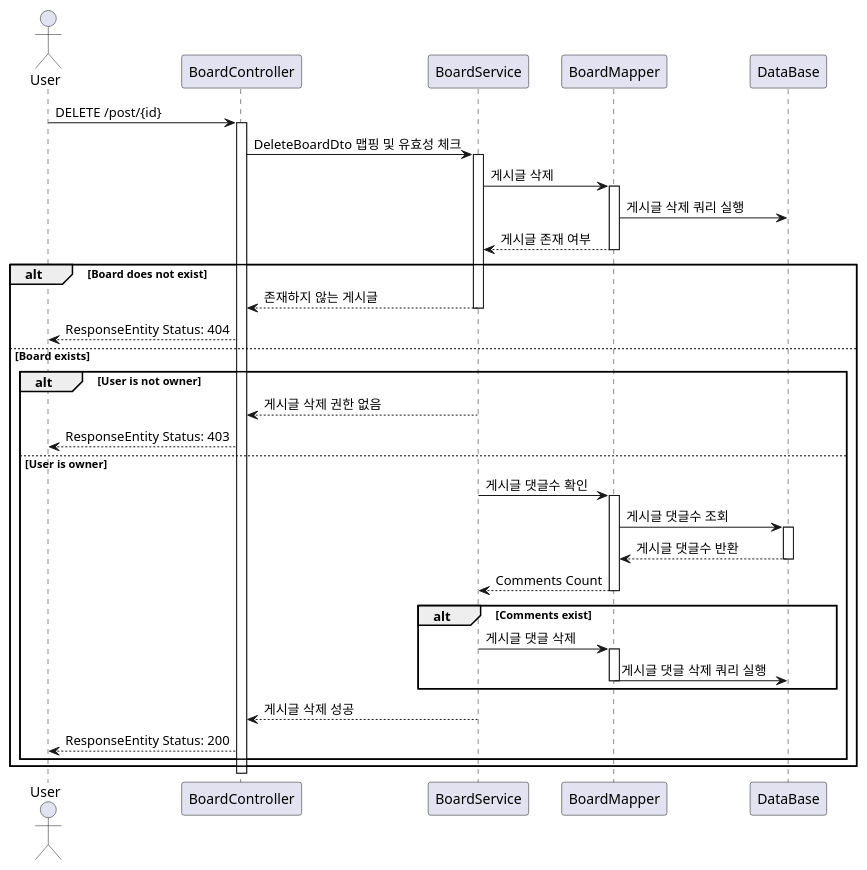
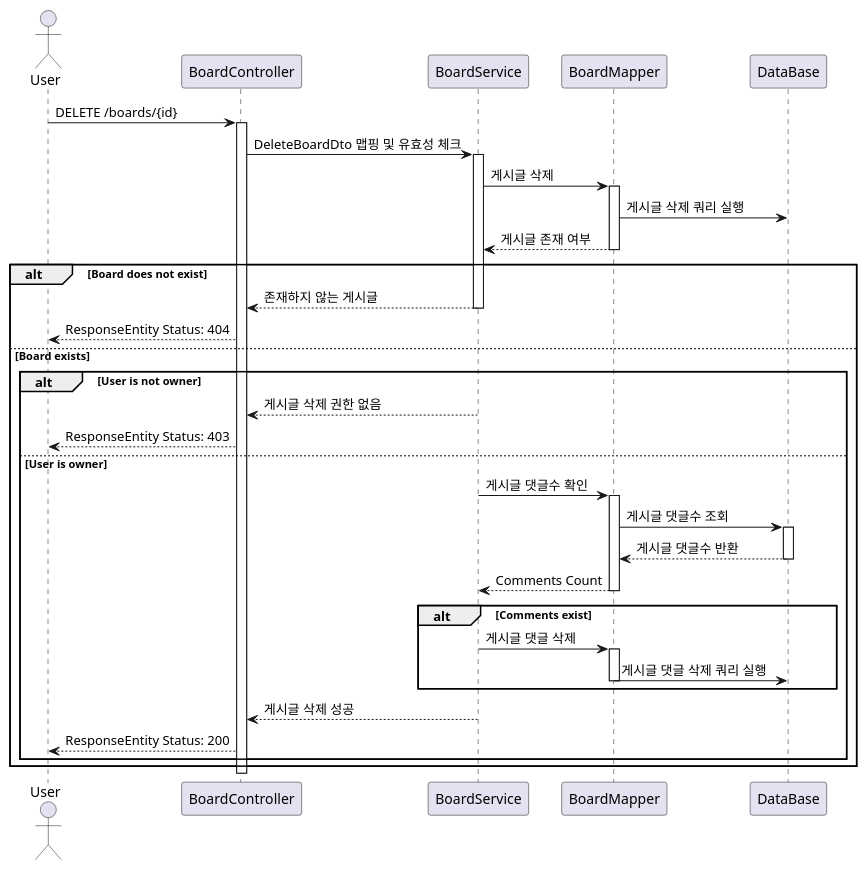
Before and after one commit to HyunSense/Rest_board: the diagram in Sequence_diagram/deleteBoardSequence.puml, drawn with PlantUML. The commit also changed 3 other files, not shown here.

Commit message:
sequenceDiagram URI 수정

```diff
--- a/Sequence_diagram/deleteBoardSequence.puml
+++ b/Sequence_diagram/deleteBoardSequence.puml
@@ -1,51 +1,51 @@
 @startuml
 actor User
 
-User -> BoardController: DELETE /post/{id}
+User -> BoardController: DELETE /boards/{id}
 activate BoardController
 
 BoardController -> BoardService: DeleteBoardDto 맵핑 및 유효성 체크
 activate BoardService
 
 BoardService -> BoardMapper: 게시글 삭제
 activate BoardMapper
 
 BoardMapper -> DataBase: 게시글 삭제 쿼리 실행
 
 BoardMapper --> BoardService: 게시글 존재 여부
 deactivate BoardMapper
 
 alt Board does not exist
     BoardService --> BoardController: 존재하지 않는 게시글
     deactivate BoardService
     BoardController --> User: ResponseEntity Status: 404
 
 else Board exists
     alt User is not owner
         BoardService --> BoardController: 게시글 삭제 권한 없음
         BoardController --> User: ResponseEntity Status: 403
     else User is owner
         BoardService -> BoardMapper: 게시글 댓글수 확인
         activate BoardMapper
         BoardMapper -> DataBase: 게시글 댓글수 조회
         activate DataBase
 
         DataBase --> BoardMapper: 게시글 댓글수 반환
         deactivate DataBase
         BoardMapper --> BoardService: Comments Count
         deactivate BoardMapper
 
         alt Comments exist
             BoardService -> BoardMapper: 게시글 댓글 삭제
             activate BoardMapper
             BoardMapper -> DataBase: 게시글 댓글 삭제 쿼리 실행
             deactivate BoardMapper
         end
 
         BoardService --> BoardController: 게시글 삭제 성공
         BoardController --> User: ResponseEntity Status: 200
     end
 end
 deactivate BoardController
 
 @enduml
```
